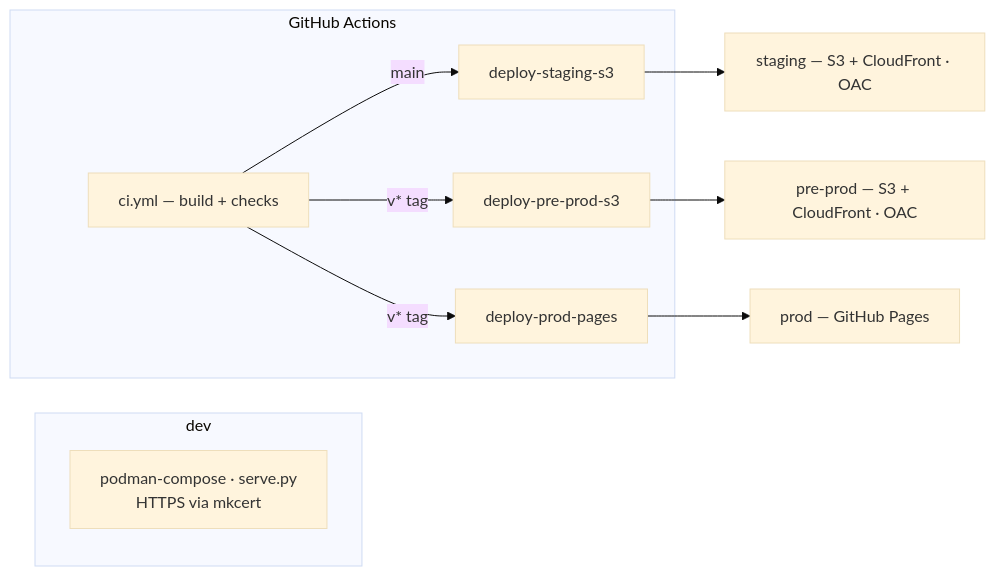
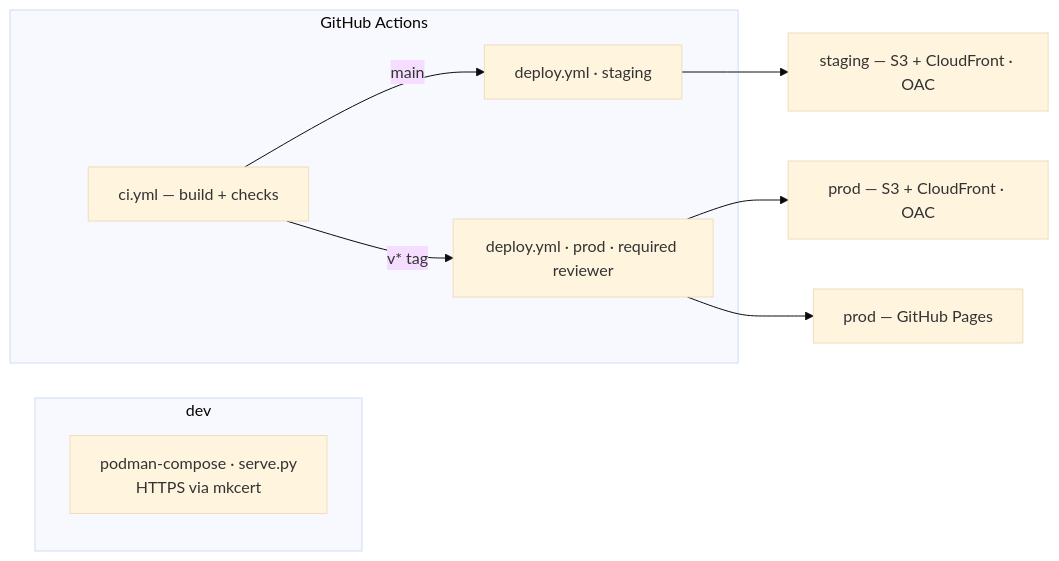
Before and after one commit to mathewmusango/my-portfolio: the first of 4 diagrams in README.md, drawn with Mermaid (base theme). The commit also changed other lines of this file and 16 other files, not shown here.

First line of the commit message:
ci: one deploy workflow for staging + prod, both prod planes gated (#57) (#70)

````diff
--- a/README.md
+++ b/README.md
@@ -43,14 +43,13 @@
 ```mermaid
 flowchart LR
     subgraph Local[dev]
         DEV[podman-compose · serve.py<br/>HTTPS via mkcert]
     end
     subgraph GHA[GitHub Actions]
-        B[ci.yml — build + checks] -->|main| D1[deploy-staging-s3]
-        B -->|v* tag| D2[deploy-pre-prod-s3]
-        B -->|v* tag| D3[deploy-prod-pages]
+        B[ci.yml — build + checks] -->|main| DS[deploy.yml · staging]
+        B -->|v* tag| DP[deploy.yml · prod · required reviewer]
     end
-    D1 --> STG[staging — S3 + CloudFront · OAC]
-    D2 --> PRE[pre-prod — S3 + CloudFront · OAC]
-    D3 --> PRD[prod — GitHub Pages]
+    DS --> STG[staging — S3 + CloudFront · OAC]
+    DP --> PAWS[prod — S3 + CloudFront · OAC]
+    DP --> PPAGES[prod — GitHub Pages]
 ```
````
